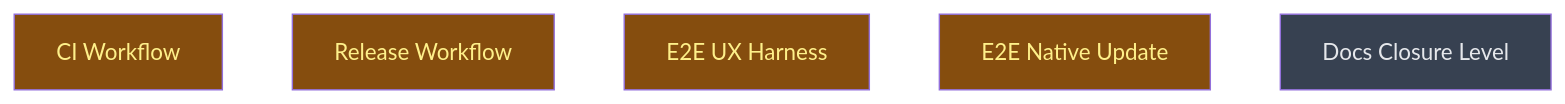
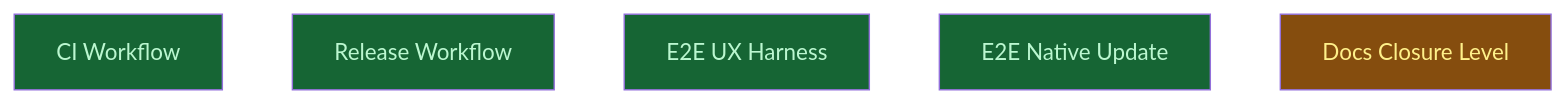
One commit to LittleCoinCoin/sift changed the diagram in __roadmap__/update-flow-hardening/next/README.md. Above: the diagram before and after it, drawn with Mermaid. The commit also changed other lines of this file and 1 other file, not shown here.

Commit message:
rdm(update-flow-hardening): close level 2 and start level 3
CI, the release workflow and both E2E layers passed adversarial review
and landed. On the integration tip actionlint is clean, svelte-check
reports 0 errors on 121 files, 80 node tests pass with the signing tools
required, 43 rust tests pass, and commitizen computes 0.2.0. The mock
update server and the release pipeline emit the same latest.json shape.
The native E2E updated a real 0.0.1 build to 0.2.0, and the browser
harness passes all 13 UX scenarios.

````diff
--- a/__roadmap__/update-flow-hardening/next/README.md
+++ b/__roadmap__/update-flow-hardening/next/README.md
@@ -23,13 +23,13 @@
 ```mermaid
 graph TD
-    ci_workflow[CI Workflow]:::inprogress
-    release_workflow[Release Workflow]:::inprogress
-    e2e_ui[E2E UX Harness]:::inprogress
-    e2e_native[E2E Native Update]:::inprogress
-    next[Docs Closure Level]:::planned
+    ci_workflow[CI Workflow]:::done
+    release_workflow[Release Workflow]:::done
+    e2e_ui[E2E UX Harness]:::done
+    e2e_native[E2E Native Update]:::done
+    next[Docs Closure Level]:::inprogress
     classDef done       fill:#166534,color:#bbf7d0
     classDef inprogress fill:#854d0e,color:#fef08a
     classDef planned    fill:#374151,color:#e5e7eb
     classDef amendment  fill:#1e3a5f,color:#bfdbfe
     classDef blocked    fill:#7f1d1d,color:#fecaca
 ```
````
